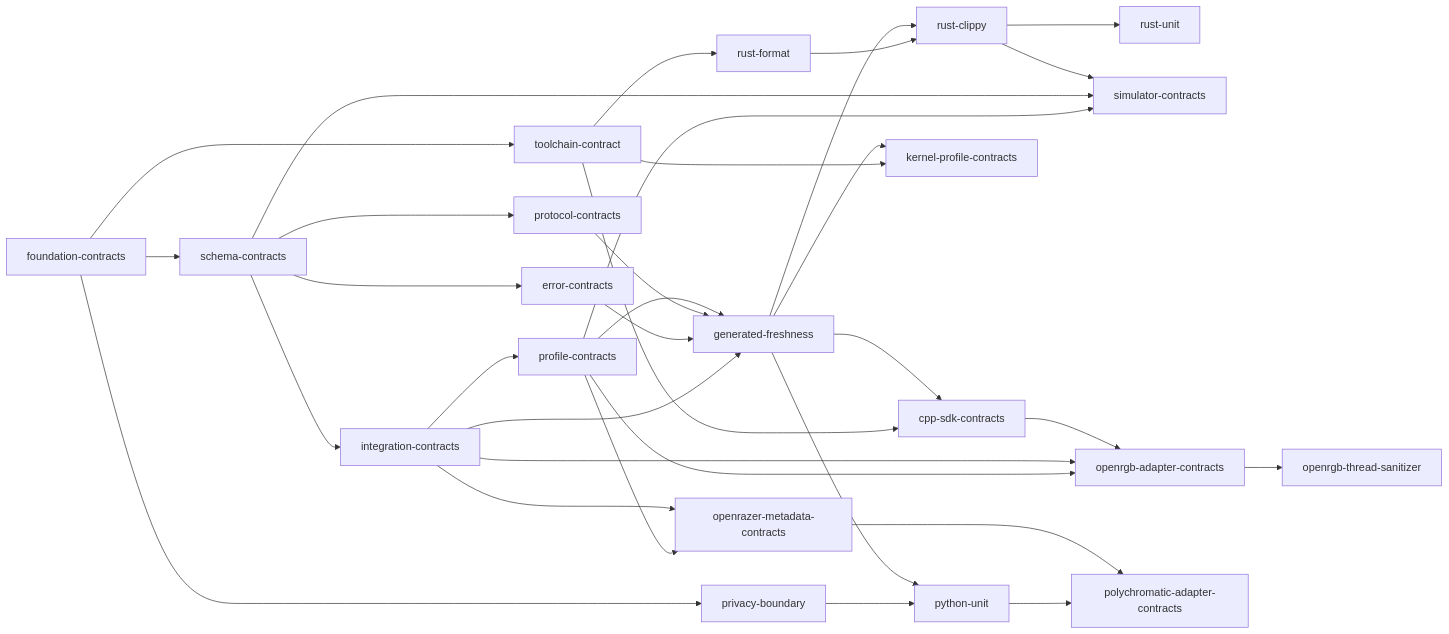
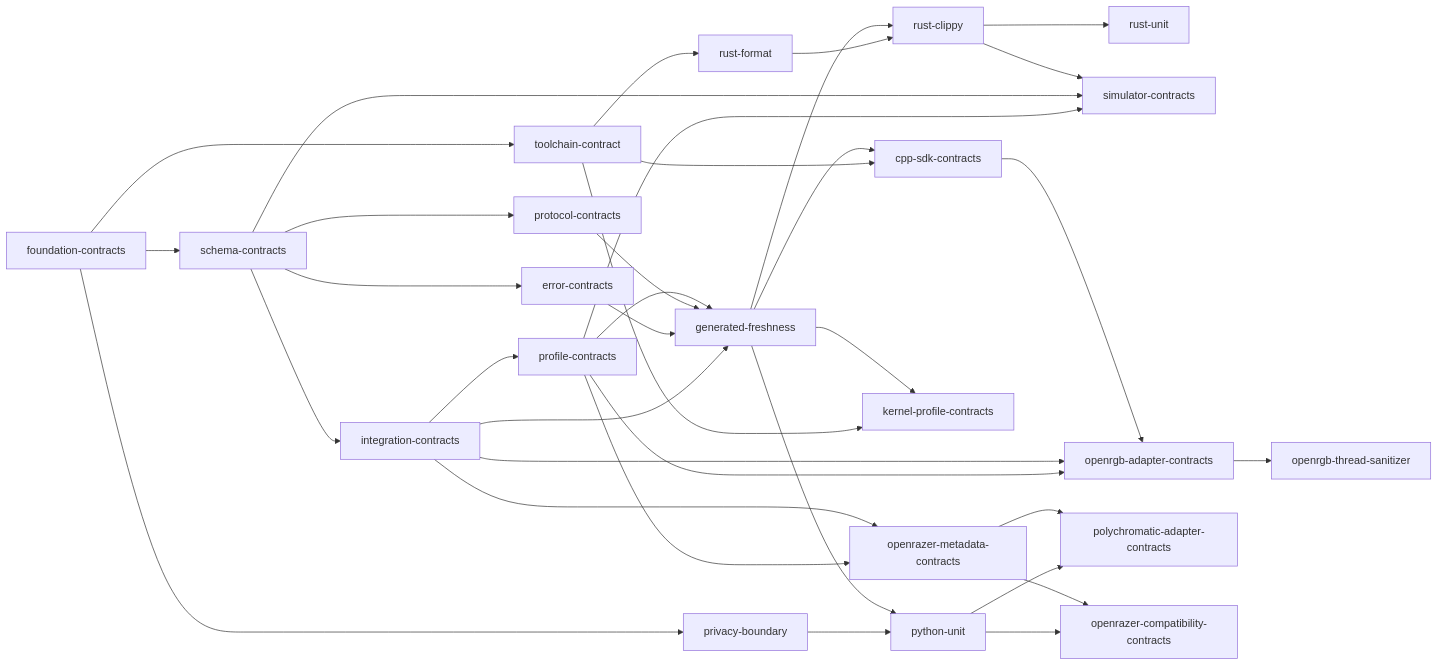
One commit to offalexjackson777-stack/hyperflux-next changed the diagram in docs/generated/verification.md. Above: the diagram before and after it, drawn with Mermaid. The commit also changed other lines of this file and 32 other files, not shown here.

Commit message:
feat(openrazer): add isolated compatibility provider

````diff
--- a/docs/generated/verification.md
+++ b/docs/generated/verification.md
@@ -33,55 +34,58 @@
 ```mermaid
 flowchart LR
     foundation_contracts["foundation-contracts"]
     schema_contracts["schema-contracts"]
     privacy_boundary["privacy-boundary"]
     toolchain_contract["toolchain-contract"]
     integration_contracts["integration-contracts"]
     protocol_contracts["protocol-contracts"]
     error_contracts["error-contracts"]
     rust_format["rust-format"]
     profile_contracts["profile-contracts"]
     openrazer_metadata_contracts["openrazer-metadata-contracts"]
     generated_freshness["generated-freshness"]
     python_unit["python-unit"]
     rust_clippy["rust-clippy"]
     cpp_sdk_contracts["cpp-sdk-contracts"]
     kernel_profile_contracts["kernel-profile-contracts"]
     rust_unit["rust-unit"]
     simulator_contracts["simulator-contracts"]
     openrgb_adapter_contracts["openrgb-adapter-contracts"]
     polychromatic_adapter_contracts["polychromatic-adapter-contracts"]
+    openrazer_compatibility_contracts["openrazer-compatibility-contracts"]
     openrgb_thread_sanitizer["openrgb-thread-sanitizer"]
     foundation_contracts --> schema_contracts
     foundation_contracts --> privacy_boundary
     foundation_contracts --> toolchain_contract
     schema_contracts --> integration_contracts
     schema_contracts --> protocol_contracts
     schema_contracts --> error_contracts
     toolchain_contract --> rust_format
     integration_contracts --> profile_contracts
     integration_contracts --> openrazer_metadata_contracts
     profile_contracts --> openrazer_metadata_contracts
     profile_contracts --> generated_freshness
     protocol_contracts --> generated_freshness
     error_contracts --> generated_freshness
     integration_contracts --> generated_freshness
     generated_freshness --> python_unit
     privacy_boundary --> python_unit
     generated_freshness --> rust_clippy
     rust_format --> rust_clippy
     generated_freshness --> cpp_sdk_contracts
     toolchain_contract --> cpp_sdk_contracts
     generated_freshness --> kernel_profile_contracts
     toolchain_contract --> kernel_profile_contracts
     rust_clippy --> rust_unit
     rust_clippy --> simulator_contracts
     schema_contracts --> simulator_contracts
     profile_contracts --> simulator_contracts
     cpp_sdk_contracts --> openrgb_adapter_contracts
     integration_contracts --> openrgb_adapter_contracts
     profile_contracts --> openrgb_adapter_contracts
     openrazer_metadata_contracts --> polychromatic_adapter_contracts
     python_unit --> polychromatic_adapter_contracts
+    openrazer_metadata_contracts --> openrazer_compatibility_contracts
+    python_unit --> openrazer_compatibility_contracts
     openrgb_adapter_contracts --> openrgb_thread_sanitizer
 ```
````
